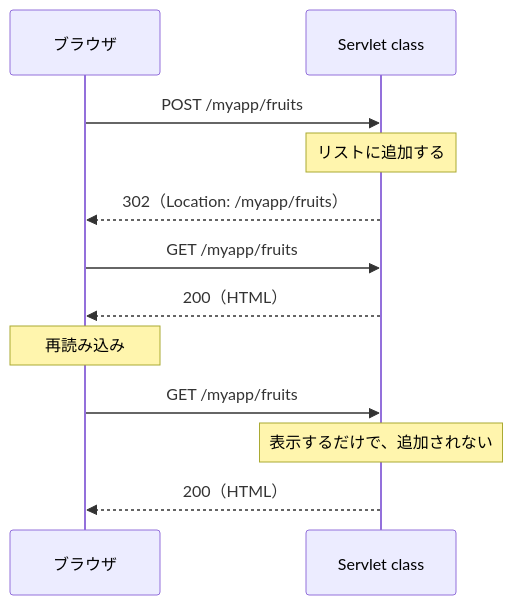
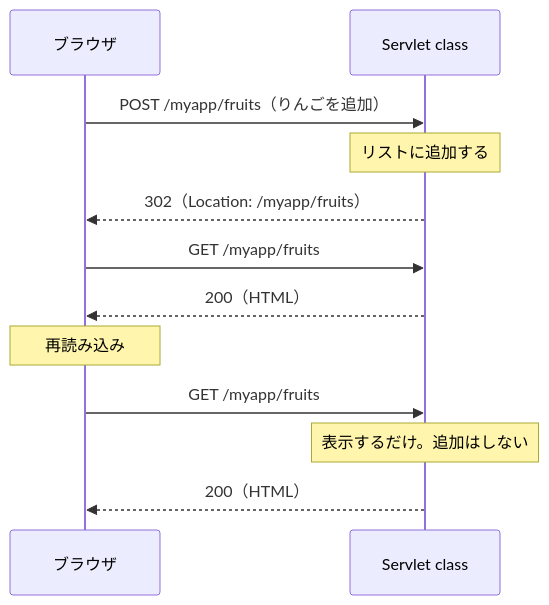
Before and after one commit to Appricot144/teaching-material: the second of 2 diagrams in servlet/06-input-and-redirect/03-prg-pattern.md, drawn with Mermaid. The commit also changed other lines of this file and 2 other files, not shown here.

````diff
--- a/servlet/06-input-and-redirect/03-prg-pattern.md
+++ b/servlet/06-input-and-redirect/03-prg-pattern.md
@@ -24,14 +28,14 @@
 ```mermaid
 sequenceDiagram
     participant B as ブラウザ
     participant S as Servlet class
-    B->>S: POST /myapp/fruits
+    B->>S: POST /myapp/fruits（りんごを追加）
     Note over S: リストに追加する
     S-->>B: 302（Location: /myapp/fruits）
     B->>S: GET /myapp/fruits
     S-->>B: 200（HTML）
     Note over B: 再読み込み
     B->>S: GET /myapp/fruits
-    Note over S: 表示するだけで、追加されない
+    Note over S: 表示するだけ。追加はしない
     S-->>B: 200（HTML）
 ```
````
